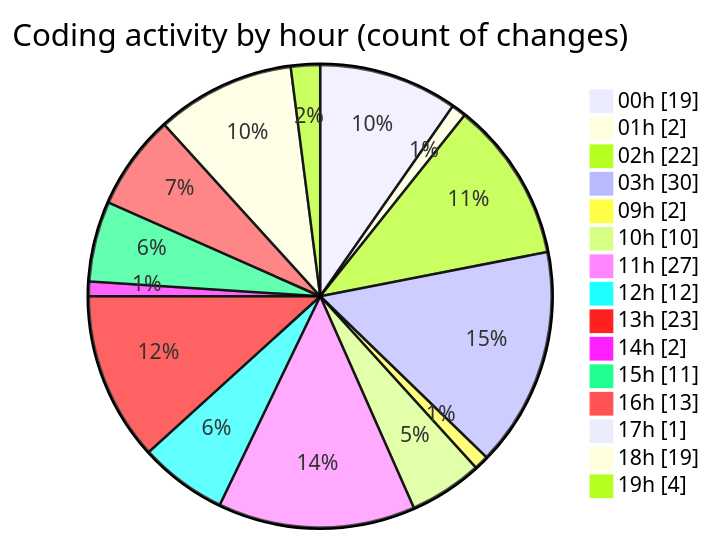
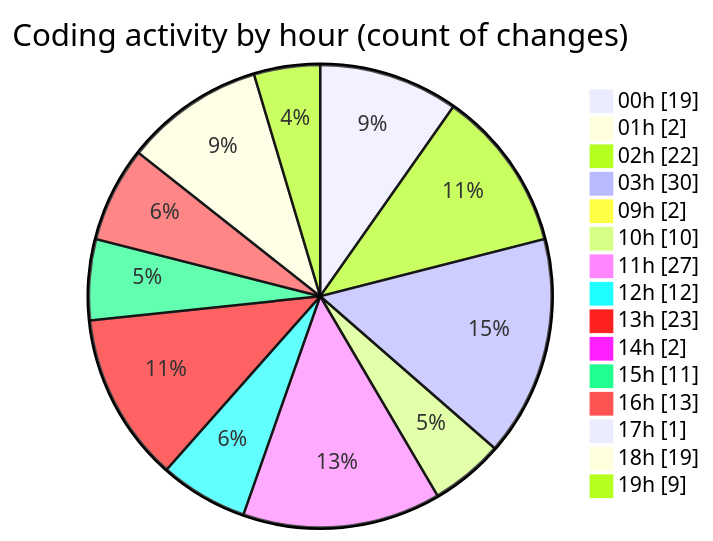
One commit to julien-gomy/code-tracking changed the second of 2 diagrams in 2025-10-21/eventscop-frontend-guide__workspace_/README.md. Above: the diagram before and after it, drawn with Mermaid. The commit also changed other lines of this file and 1 other file, not shown here.

````diff
--- a/2025-10-21/eventscop-frontend-guide__workspace_/README.md
+++ b/2025-10-21/eventscop-frontend-guide__workspace_/README.md
@@ -63,19 +63,19 @@
 ```mermaid
 pie showData
 title Coding activity by hour (count of changes)
 "00h" : 19
 "01h" : 2
 "02h" : 22
 "03h" : 30
 "09h" : 2
 "10h" : 10
 "11h" : 27
 "12h" : 12
 "13h" : 23
 "14h" : 2
 "15h" : 11
 "16h" : 13
 "17h" : 1
 "18h" : 19
-"19h" : 4
+"19h" : 9
 ```
````
